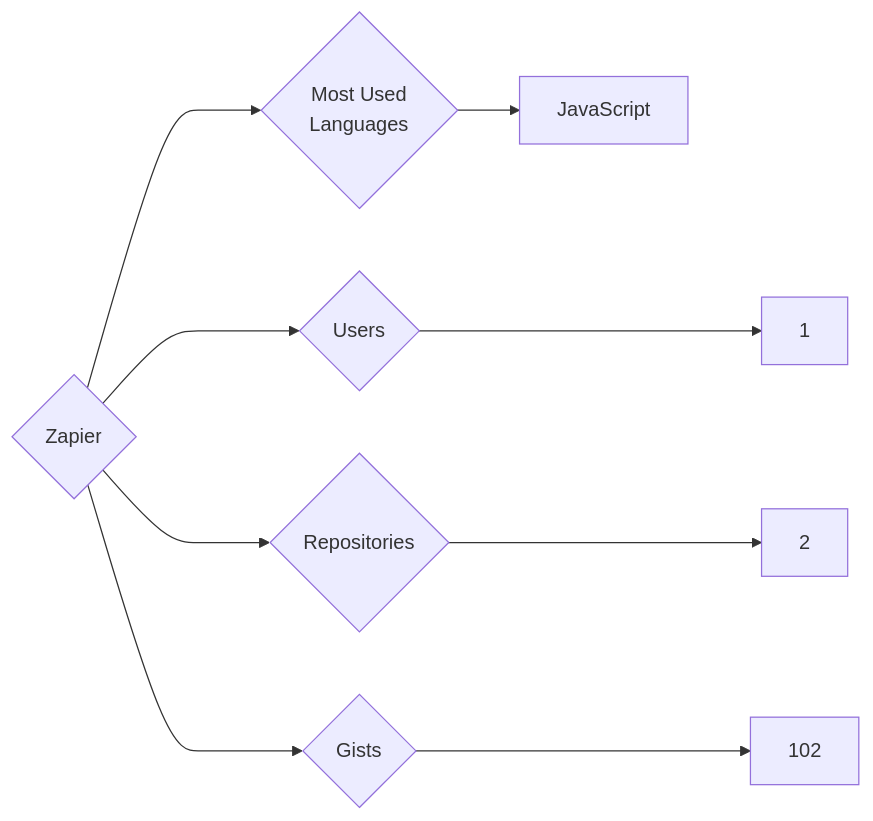
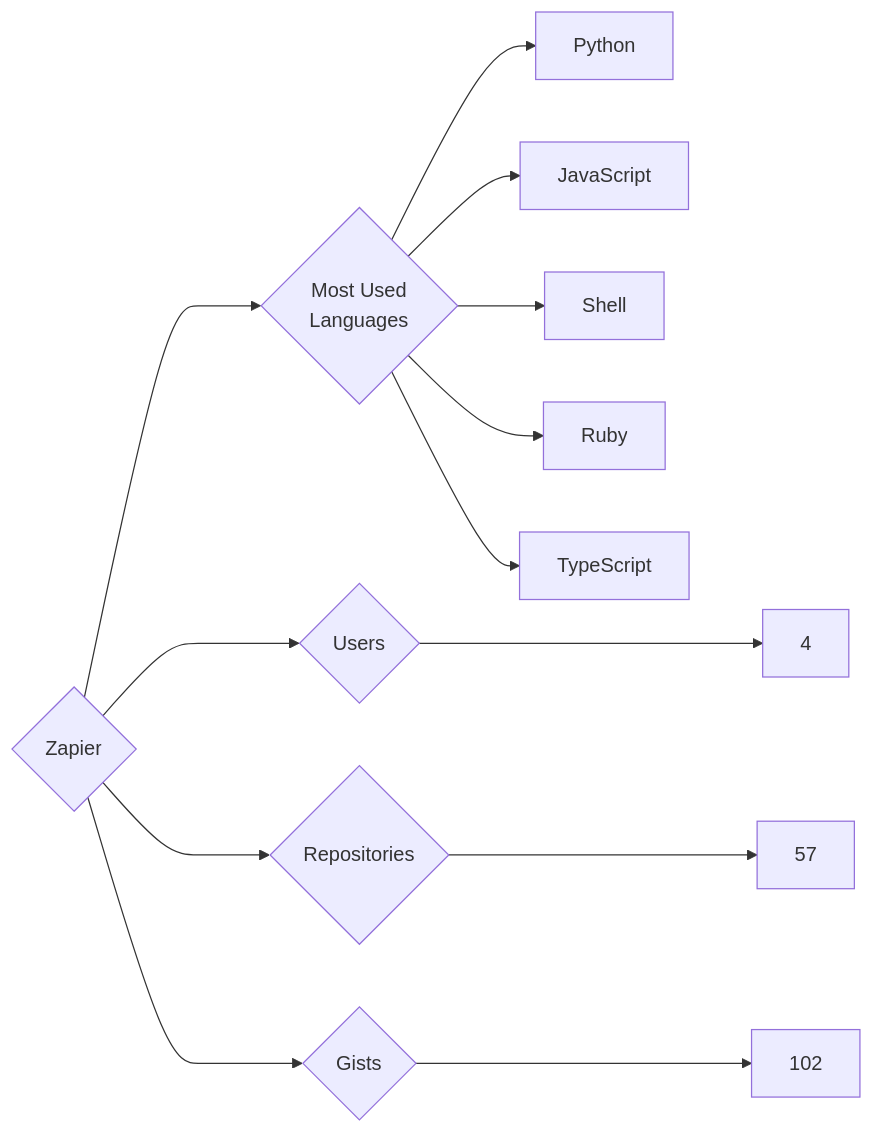
Before and after one commit to trickest/insiders: the diagram in targets/Zapier/README.md, drawn with Mermaid. The commit also changed 877 other files, not shown here.

````diff
--- a/targets/Zapier/README.md
+++ b/targets/Zapier/README.md
@@ -3,9 +3,13 @@
 ```mermaid
 graph LR
 COMPANY_NAME{Zapier}
-COMPANY_NAME ---> U{Users} ---> UN[1]
-COMPANY_NAME ---> R{Repositories} ---> RN[2]
+COMPANY_NAME ---> U{Users} ---> UN[4]
+COMPANY_NAME ---> R{Repositories} ---> RN[57]
 COMPANY_NAME ---> G{Gists} ---> GN[102]
 COMPANY_NAME ---> ML{Most Used<br>Languages}
+ML --> Python[Python]
 ML --> JavaScript[JavaScript]
+ML --> Shell[Shell]
+ML --> Ruby[Ruby]
+ML --> TypeScript[TypeScript]
 ```
````
